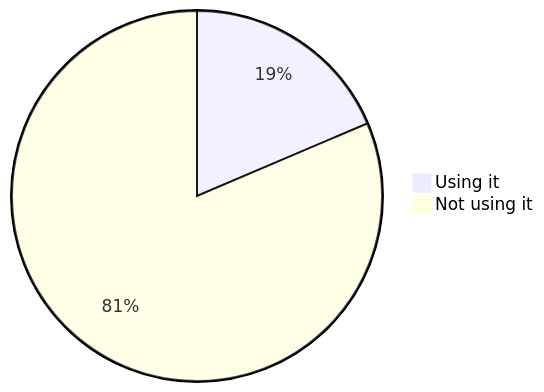
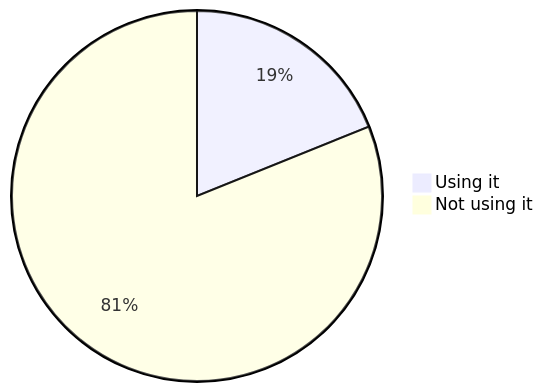
One commit to oshp/oshp-stats changed diagram 17 of 19 in stats.md. Above: the diagram before and after it, drawn with Mermaid. The commit also changed other lines of this file, not shown here.

````diff
--- a/stats.md
+++ b/stats.md
@@ -200,6 +200,6 @@
 ```mermaid
 pie
-	"Using it" : 18.59
-	"Not using it" : 81.41
+	"Using it" : 18.89
+	"Not using it" : 81.11
 
 ```
````
